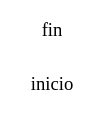
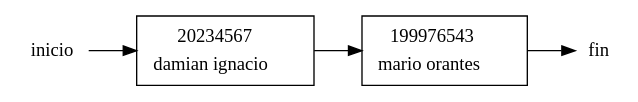
One commit to walterjav19/EDD_1S2023_PY_202111718 changed the diagram in EDD_Proyecto1_Fase1/Grafics/cola.dot. Above: the diagram before and after it, drawn with Graphviz. The commit also changed 10 other files, not shown here.

```diff
--- a/EDD_Proyecto1_Fase1/Grafics/cola.dot
+++ b/EDD_Proyecto1_Fase1/Grafics/cola.dot
@@ -1,5 +1,10 @@
 digraph Cola {
 rankdir=LR;
 node [shape=record];
 head [shape=none, label="inicio", style=bold, height=0, width=0];
-tail [shape=none, label="fin", style=bold, height=0, width=0];}
+tail [shape=none, label="fin", style=bold, height=0, width=0];a20234567 [label=<<TABLE border="0"><TR><TD ALIGN="CENTER">20234567</TD></TR><TR><TD ALIGN="CENTER">damian ignacio</TD></TR></TABLE>>];
+a20234567 -> a199976543;
+a199976543 [label=<<TABLE border="0"><TR><TD ALIGN="CENTER">199976543</TD></TR><TR><TD ALIGN="CENTER">mario orantes</TD></TR></TABLE>>];
+head -> a20234567;
+a199976543->tail;
+}
```
